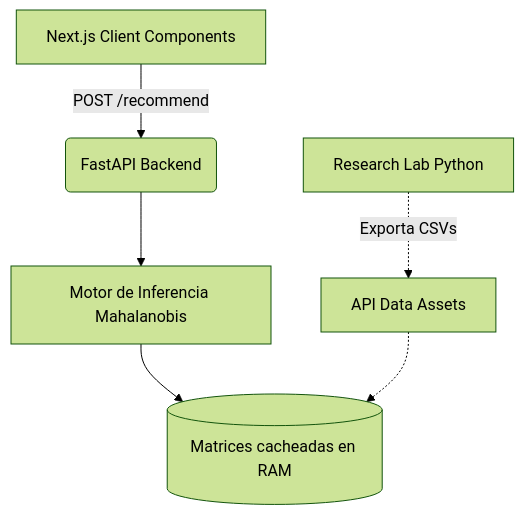
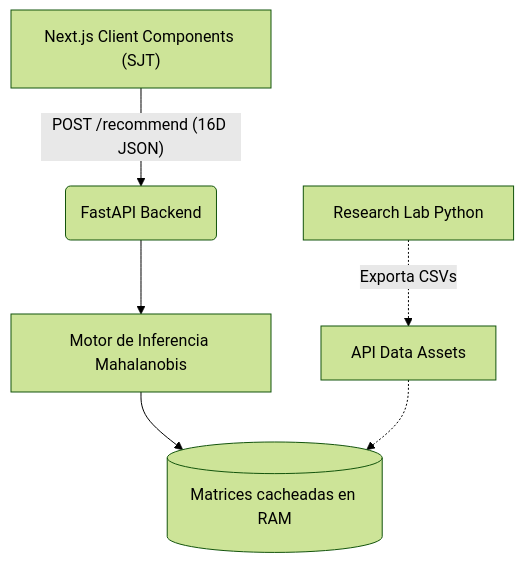
One commit to elisbanpaco/mahalanobis-career-recsys changed the diagram in README.md. Above: the diagram before and after it, drawn with Mermaid (forest theme). The commit also changed other lines of this file, not shown here.

````diff
--- a/README.md
+++ b/README.md
@@ -52,8 +52,8 @@
 ```mermaid
 graph TD
-    Client["Next.js Client Components"] -->|"POST /recommend"| API("FastAPI Backend")
+    Client["Next.js Client Components (SJT)"] -->|"POST /recommend (16D JSON)"| API("FastAPI Backend")
     API --> ML["Motor de Inferencia Mahalanobis"]
     ML --> Data[("Matrices cacheadas en RAM")]
     Research["Research Lab Python"] -.->|"Exporta CSVs"| API_Assets["API Data Assets"]
     API_Assets -.-> Data
 ```
````
